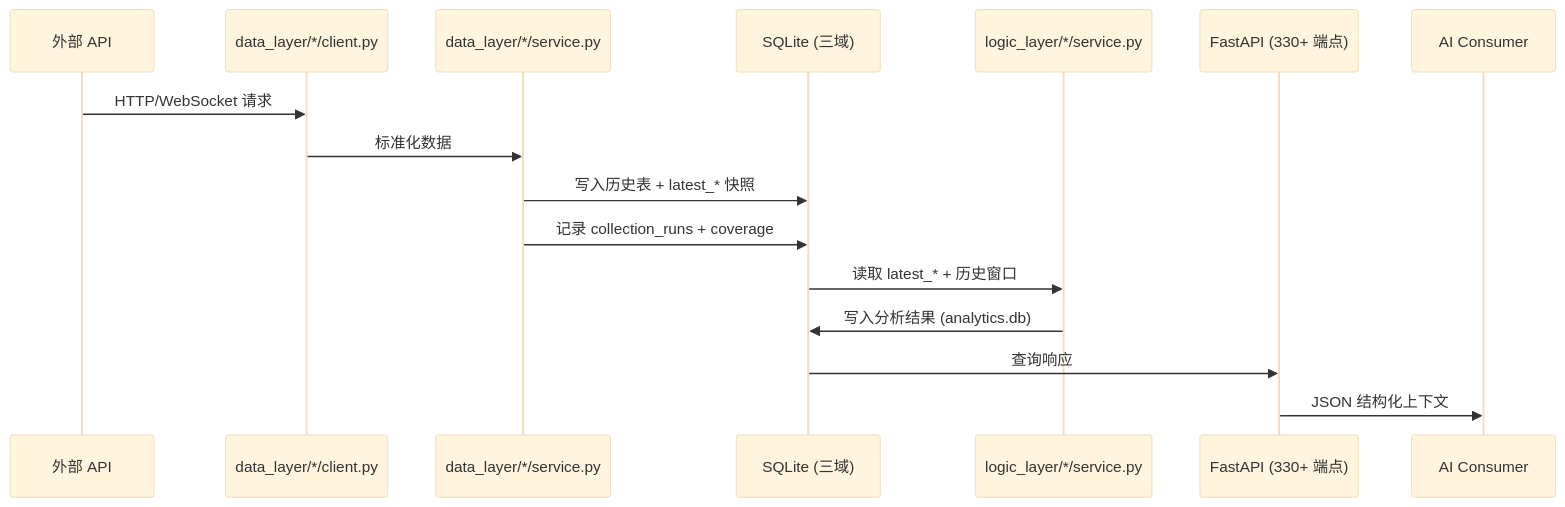
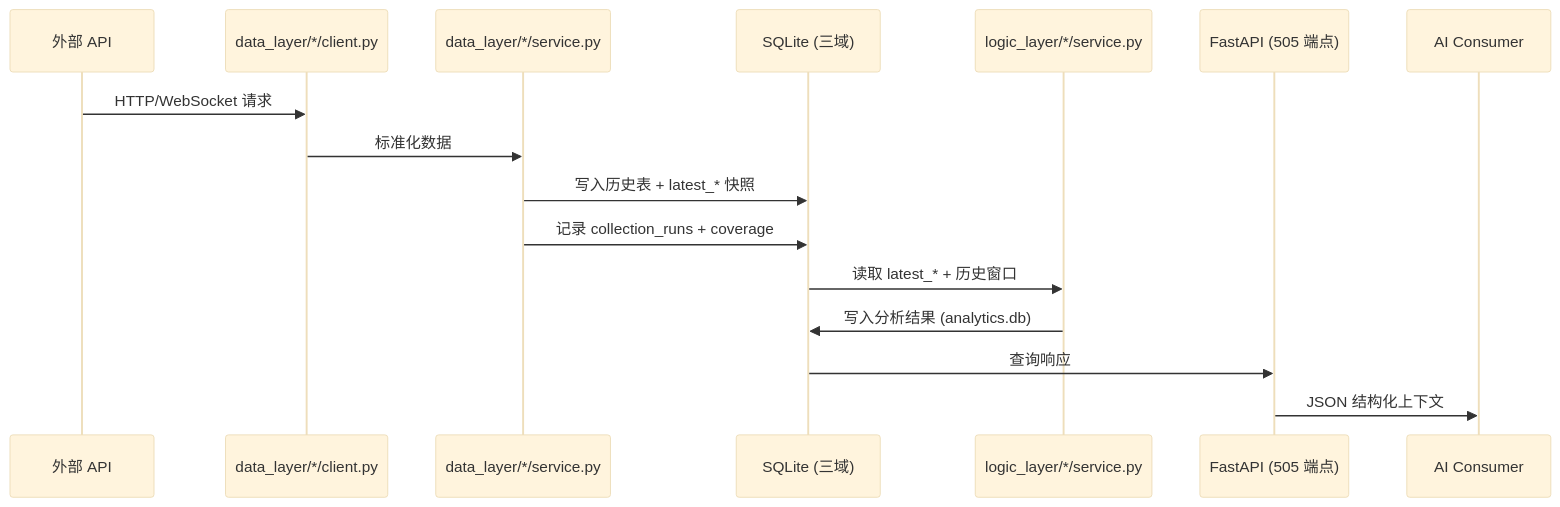
The second of 9 diagrams in ARCHITECTURE.md (CnOxx1/EvoQuantV3), drawn with Mermaid (base theme) before and after one commit. The commit also changed other lines of this file and 33 other files, not shown here.

````diff
--- a/ARCHITECTURE.md
+++ b/ARCHITECTURE.md
@@ -66,19 +115,19 @@
 ```mermaid
 sequenceDiagram
     participant Ext as 外部 API
     participant Client as data_layer/*/client.py
     participant Service as data_layer/*/service.py
     participant DB as SQLite (三域)
     participant Logic as logic_layer/*/service.py
-    participant API as FastAPI (330+ 端点)
+    participant API as FastAPI (505 端点)
     participant AI as AI Consumer
 
     Ext->>Client: HTTP/WebSocket 请求
     Client->>Service: 标准化数据
     Service->>DB: 写入历史表 + latest_* 快照
     Service->>DB: 记录 collection_runs + coverage
     DB->>Logic: 读取 latest_* + 历史窗口
     Logic->>DB: 写入分析结果 (analytics.db)
     DB->>API: 查询响应
     API->>AI: JSON 结构化上下文
 ```
````
